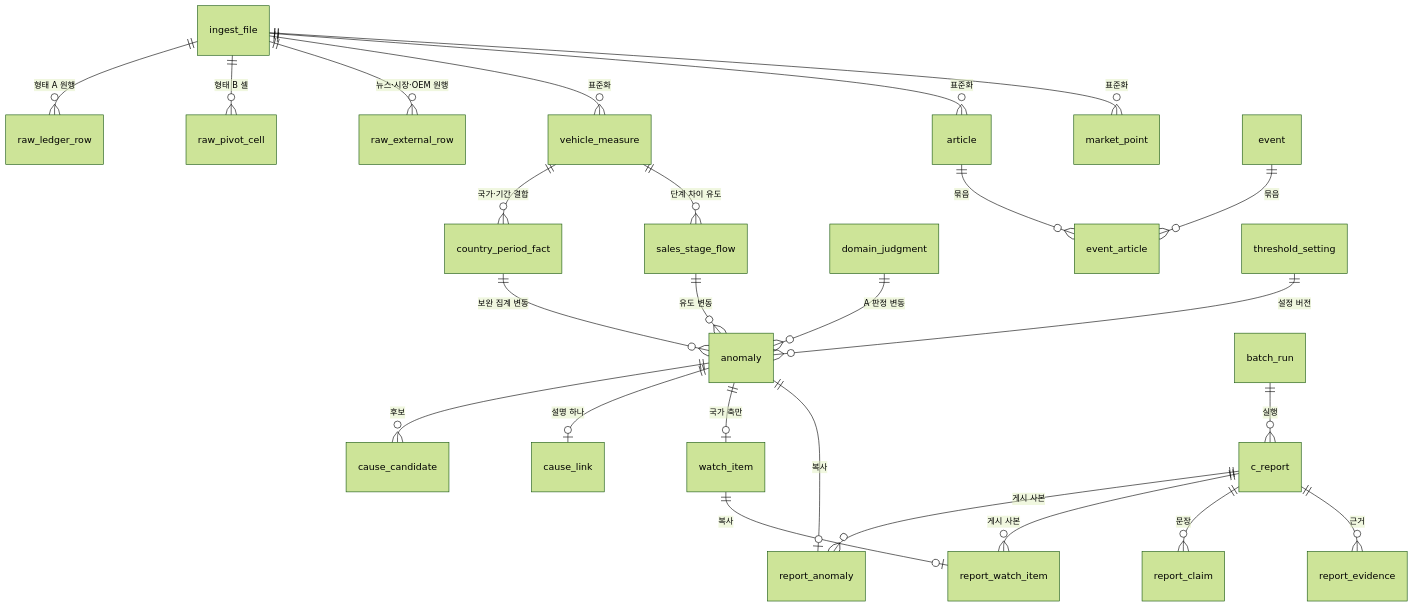
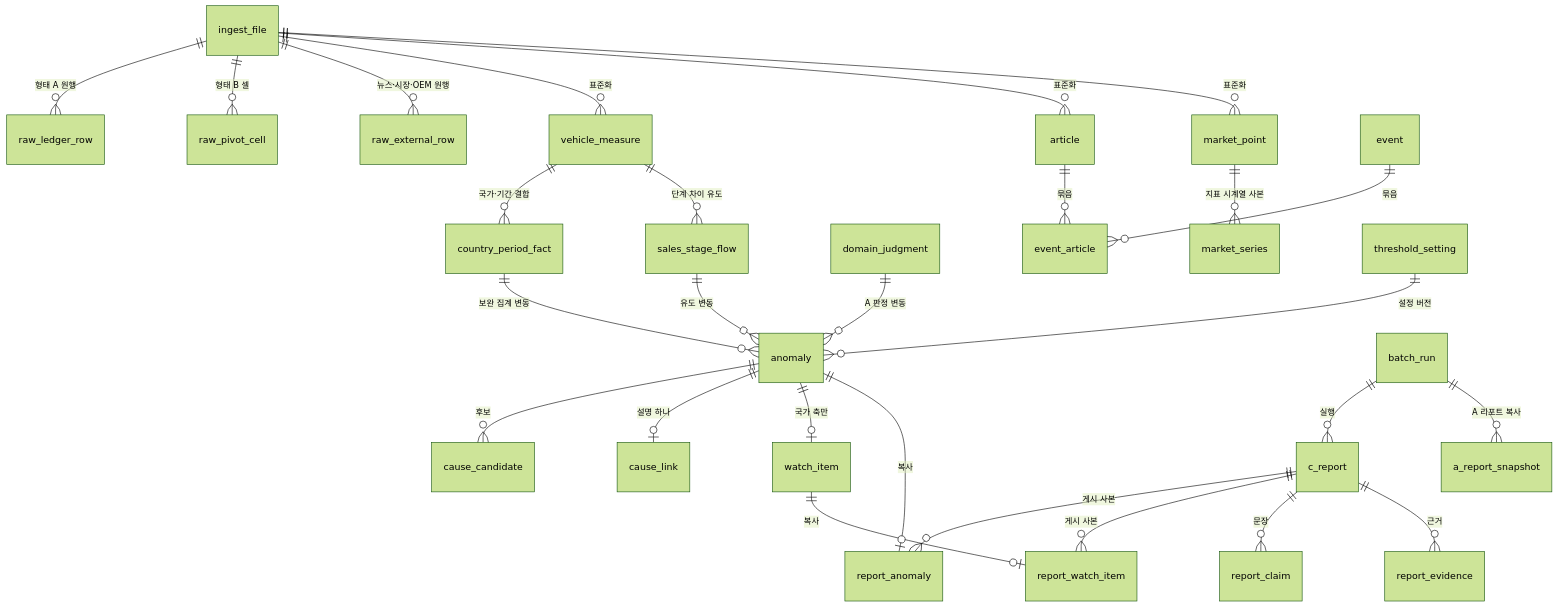
Before and after one commit to HoyoungParkme/tableau_platform: the first of 7 diagrams in docs/specs/06-DOM/TBL-DOM-003.md, drawn with Mermaid (forest theme). The commit also changed other lines of this file, not shown here.

Commit message:
교차 검증 지적 반영: pub에 A 리포트 게시 사본 셋 신설, c_report 안내·소스별 최신일·도메인 상태 규칙 산출물 명시, 단계 구간 지표 이름 통일, 계획 정본 칸 추가, 금지 이름 개명

````diff
--- a/docs/specs/06-DOM/TBL-DOM-003.md
+++ b/docs/specs/06-DOM/TBL-DOM-003.md
@@ -88,27 +88,29 @@
 ```mermaid
 erDiagram
   ingest_file ||--o{ raw_ledger_row : "형태 A 원행"
   ingest_file ||--o{ raw_pivot_cell : "형태 B 셀"
   ingest_file ||--o{ raw_external_row : "뉴스·시장·OEM 원행"
   ingest_file ||--o{ vehicle_measure : "표준화"
   ingest_file ||--o{ article : "표준화"
   ingest_file ||--o{ market_point : "표준화"
   vehicle_measure ||--o{ country_period_fact : "국가·기간 결합"
   vehicle_measure ||--o{ sales_stage_flow : "단계 차이 유도"
   country_period_fact ||--o{ anomaly : "보완 집계 변동"
   sales_stage_flow ||--o{ anomaly : "유도 변동"
   domain_judgment ||--o{ anomaly : "A 판정 변동"
   article ||--o{ event_article : "묶음"
   event ||--o{ event_article : "묶음"
   anomaly ||--o{ cause_candidate : "후보"
   anomaly ||--o| cause_link : "설명 하나"
   anomaly ||--o| watch_item : "국가 축만"
   c_report ||--o{ report_anomaly : "게시 사본"
   c_report ||--o{ report_watch_item : "게시 사본"
   c_report ||--o{ report_claim : "문장"
   c_report ||--o{ report_evidence : "근거"
   watch_item ||--o| report_watch_item : "복사"
   anomaly ||--o| report_anomaly : "복사"
   batch_run ||--o{ c_report : "실행"
+  batch_run ||--o{ a_report_snapshot : "A 리포트 복사"
+  market_point ||--o{ market_series : "지표 시계열 사본"
   threshold_setting ||--o{ anomaly : "설정 버전"
 ```
````
